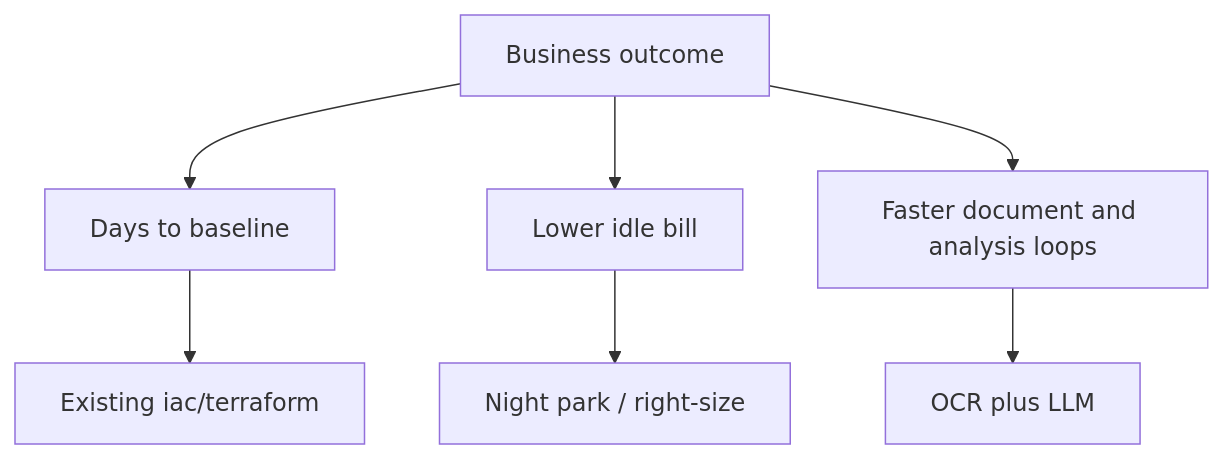
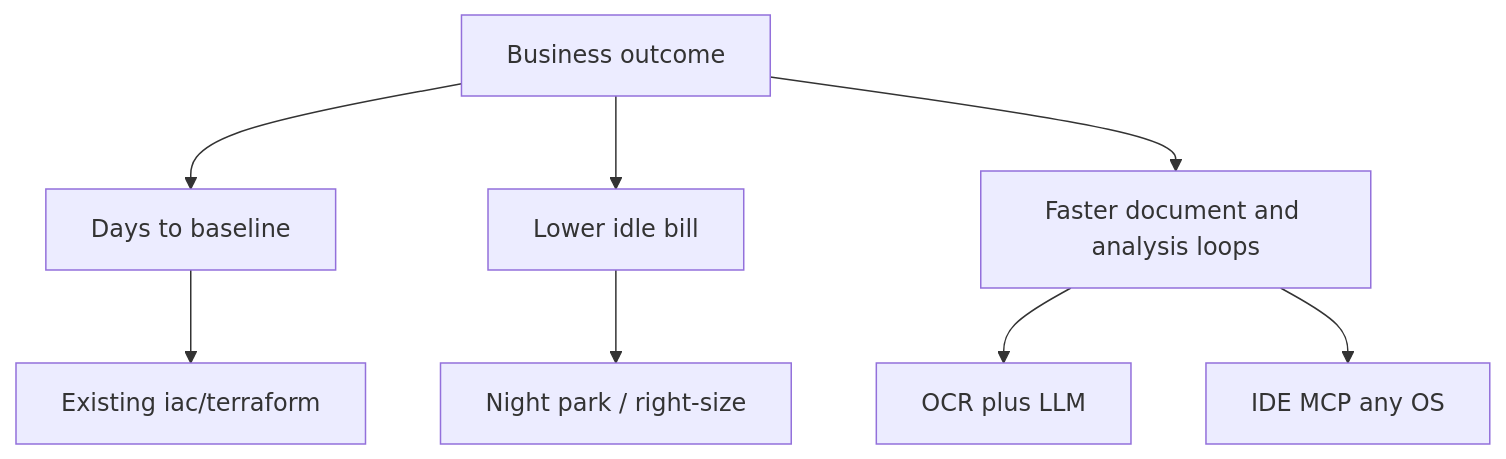
One commit to NarberallGamma/narberall-platform-engineer-lab changed the diagram in architecture/README.md. Above: the diagram before and after it, drawn with Mermaid. The commit also changed other lines of this file and 399 other files, not shown here.

````diff
--- a/architecture/README.md
+++ b/architecture/README.md
@@ -17,9 +17,10 @@
 ```mermaid
 flowchart TB
   Biz[Business outcome] --> Days[Days to baseline]
   Biz --> Bill[Lower idle bill]
   Biz --> AI[Faster document and analysis loops]
   Days --> TF[Existing iac/terraform]
   Bill --> Park[Night park / right-size]
   AI --> OCR[OCR plus LLM]
+  AI --> Desk[IDE MCP any OS]
 ```
````
